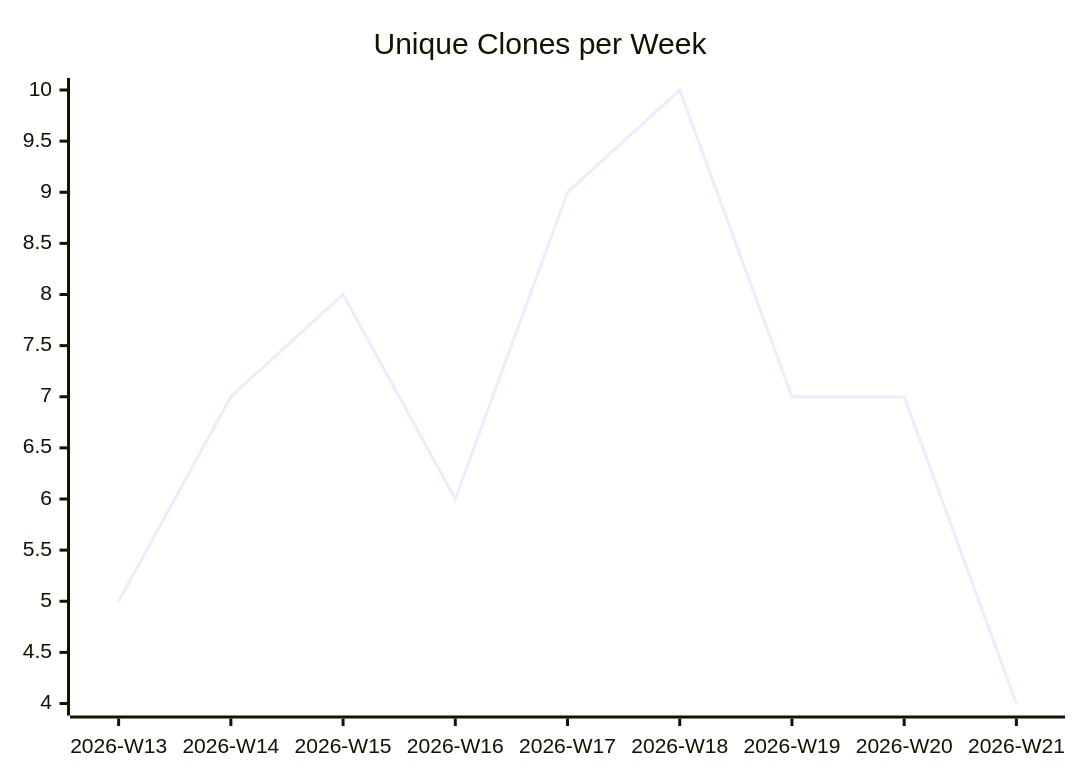
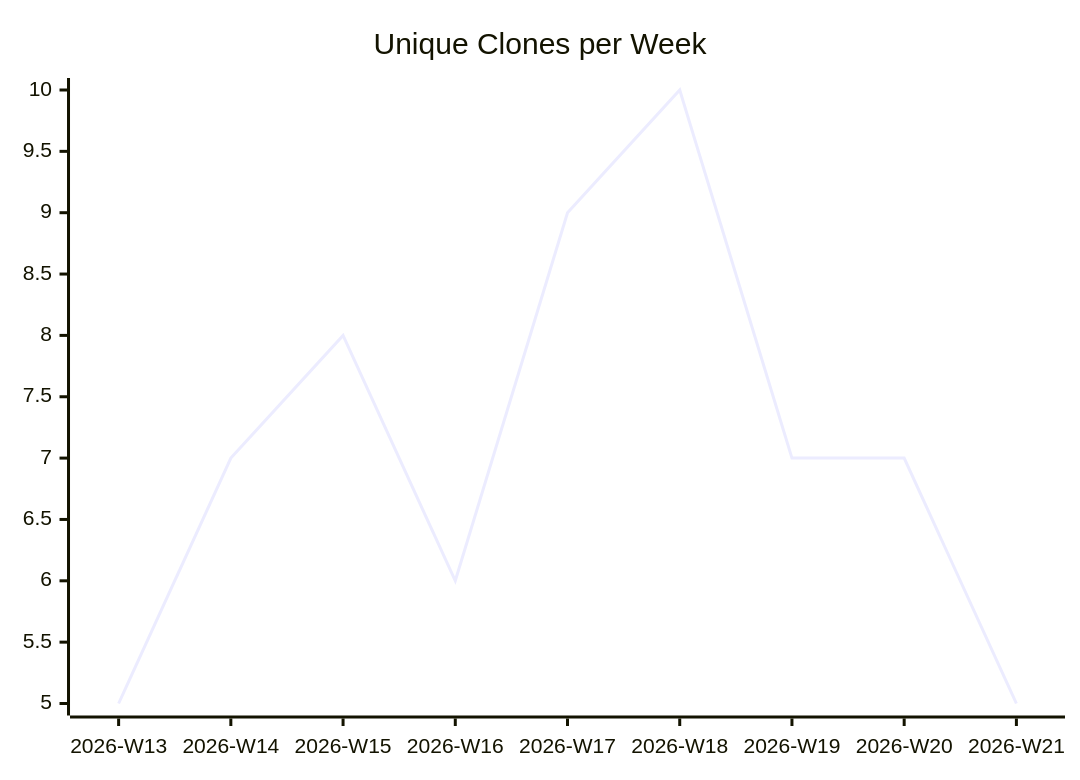
The third of 3 diagrams in karlmdavis/ansible-role-jenkins2/README.md (justdavis-family/github-analytics-data), drawn with Mermaid before and after one commit. The commit also changed other lines of this file and 189 other files, not shown here.

````diff
--- a/karlmdavis/ansible-role-jenkins2/README.md
+++ b/karlmdavis/ansible-role-jenkins2/README.md
@@ -19,6 +19,6 @@
 ```mermaid
 xychart-beta
   title "Unique Clones per Week"
   x-axis ["2026-W13", "2026-W14", "2026-W15", "2026-W16", "2026-W17", "2026-W18", "2026-W19", "2026-W20", "2026-W21"]
-  line [5, 7, 8, 6, 9, 10, 7, 7, 4]
+  line [5, 7, 8, 6, 9, 10, 7, 7, 5]
 ```
````
